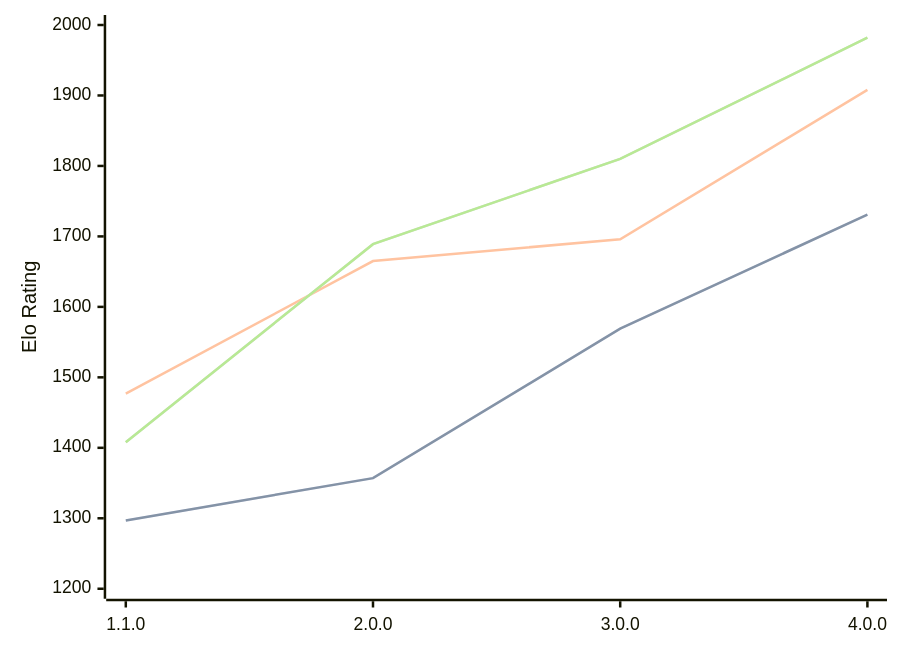
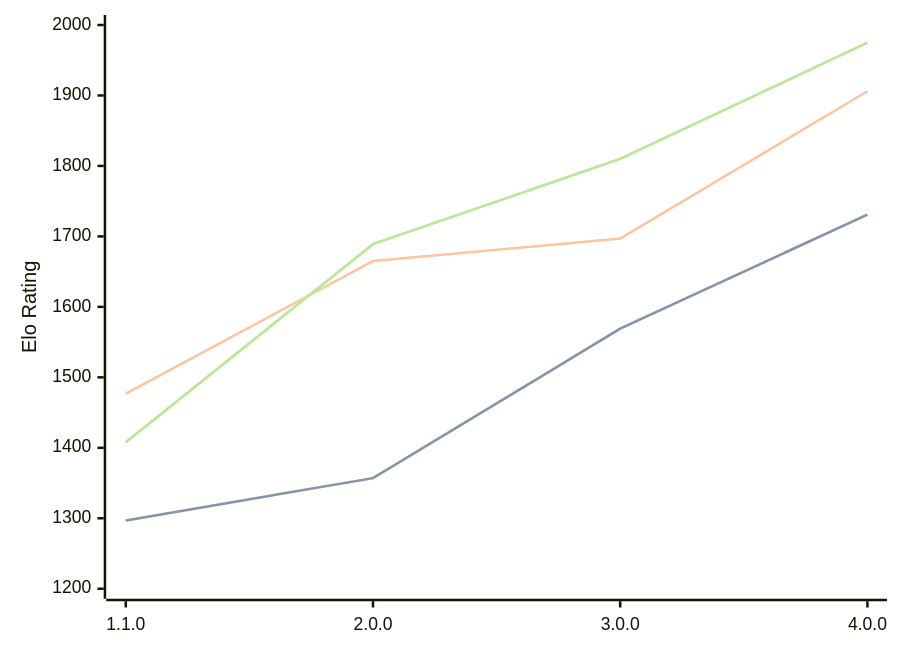
One commit to computer-chess-index/cci changed the diagram in engines/Laura.md. Above: the diagram before and after it, drawn with Mermaid. The commit also changed other lines of this file, not shown here.

Commit message:
Update CCI Ratings (ELO VLTC) - 2026-08-30

````diff
--- a/engines/Laura.md
+++ b/engines/Laura.md
@@ -34,11 +34,11 @@
 ```mermaid
 %%{init: {"theme":"base","themeVariables":{"seriesColors:['#a3a3a3','#222221','#faa371']}}}%%
 xychart-beta
   x-axis ["1.1.0", "2.0.0", "3.0.0", "4.0.0"]
   y-axis "Elo Rating" 1200 --> 2000
   line "" [1297, 1357, 1569, 1731]
   line "STC (8.0+0.08s)" [1297, 1357, 1569, 1731]
-  line "LTC (60.0+0.60s)" [1477, 1665, 1696, 1908]
-  line "" [1408, 1689, 1810, 1982]
-  line "VLTC (2m24s+1.12s)" [1408, 1689, 1810, 1982]
+  line "LTC (60.0+0.60s)" [1477, 1665, 1697, 1906]
+  line "" [1408, 1689, 1810, 1975]
+  line "VLTC (2m24s+1.12s)" [1408, 1689, 1810, 1975]
 ```
````
